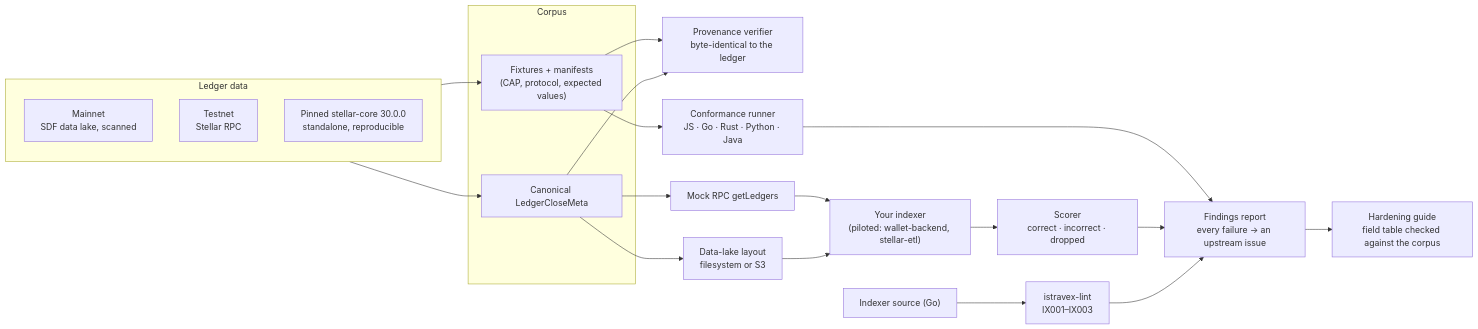
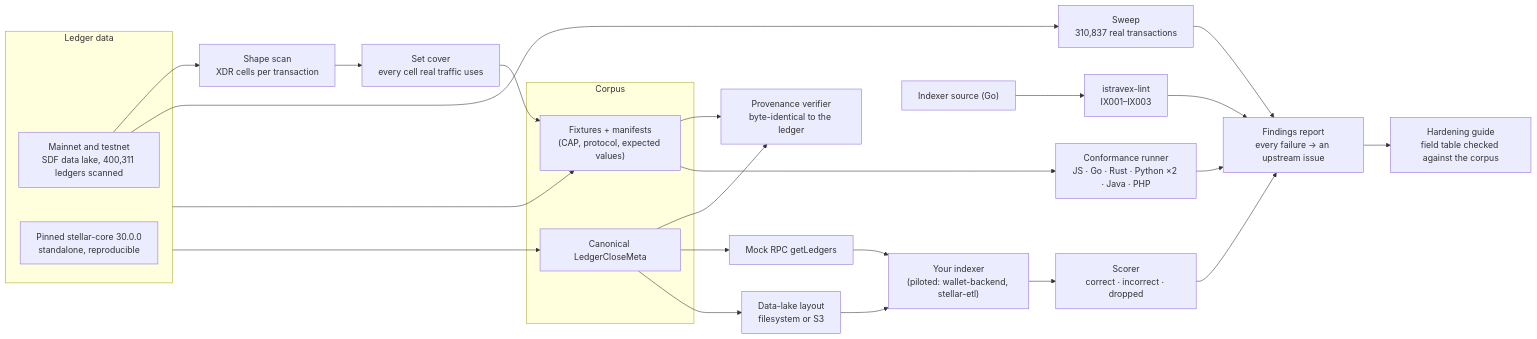
The diagram in public/proposal.md (hackcat29/istravex), drawn with Mermaid before and after one commit. The commit also changed other lines of this file and 43 other files, not shown here.

````diff
--- a/public/proposal.md
+++ b/public/proposal.md
@@ -20,27 +20,31 @@
 ```mermaid
 flowchart LR
   subgraph sources["Ledger data"]
-    M["Mainnet<br/>SDF data lake, scanned"]
-    T["Testnet<br/>Stellar RPC"]
+    M["Mainnet and testnet<br/>SDF data lake, 400,311 ledgers scanned"]
     G["Pinned stellar-core 30.0.0<br/>standalone, reproducible"]
   end
+  M --> SC["Shape scan<br/>XDR cells per transaction"]
+  SC --> COVER["Set cover<br/>every cell real traffic uses"]
+  COVER --> F
   subgraph corpus["Corpus"]
     F["Fixtures + manifests<br/>(CAP, protocol, expected values)"]
     L["Canonical LedgerCloseMeta"]
   end
   sources --> F
   sources --> L
   F --> V["Provenance verifier<br/>byte-identical to the ledger"]
   L --> V
-  F --> R["Conformance runner<br/>JS · Go · Rust · Python · Java"]
+  F --> R["Conformance runner<br/>JS · Go · Rust · Python ×2 · Java · PHP"]
+  M --> SW["Sweep<br/>310,837 real transactions"]
+  SW --> FR
   L --> RPC["Mock RPC getLedgers"]
   L --> LAKE["Data-lake layout<br/>filesystem or S3"]
   RPC --> IDX["Your indexer<br/>(piloted: wallet-backend, stellar-etl)"]
   LAKE --> IDX
   IDX --> S["Scorer<br/>correct · incorrect · dropped"]
   SRC["Indexer source (Go)"] --> LINT["istravex-lint<br/>IX001–IX003"]
   R --> FR["Findings report<br/>every failure → an upstream issue"]
   S --> FR
   LINT --> FR
   FR --> GUIDE["Hardening guide<br/>field table checked against the corpus"]
 ```
````
